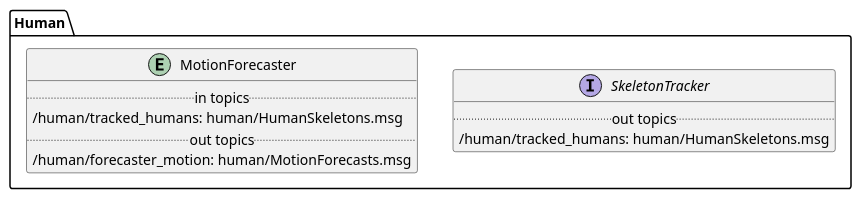
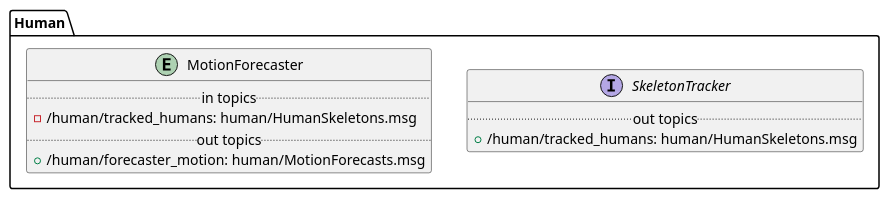
The eighth of 8 diagrams in framework.md (magician-project/magician-project), drawn with PlantUML before and after one commit. The commit also changed other lines of this file, not shown here.

````diff
--- a/framework.md
+++ b/framework.md
@@ -240,20 +251,20 @@
 ```{plantuml}
 :width: 700px
 @startuml
 package Human {
 
   interface SkeletonTracker {
     .. out topics ..
-    /human/tracked_humans: human/HumanSkeletons.msg
+    + /human/tracked_humans: human/HumanSkeletons.msg
   }
 
   entity MotionForecaster {
     .. in topics ..
-    /human/tracked_humans: human/HumanSkeletons.msg
+    - /human/tracked_humans: human/HumanSkeletons.msg
     .. out topics ..
-    /human/forecaster_motion: human/MotionForecasts.msg
+    + /human/forecaster_motion: human/MotionForecasts.msg
   }
 
 }
 @enduml
 ```
````
